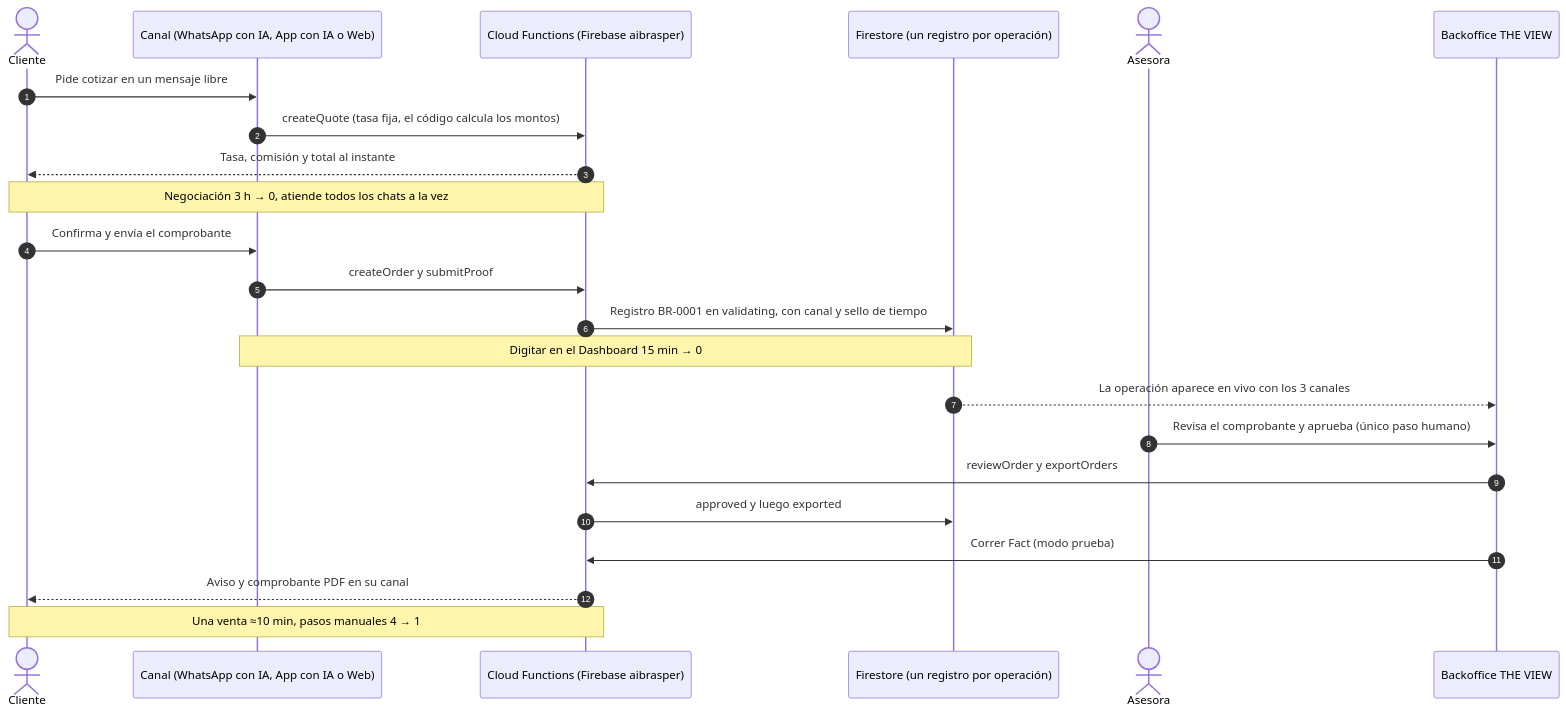
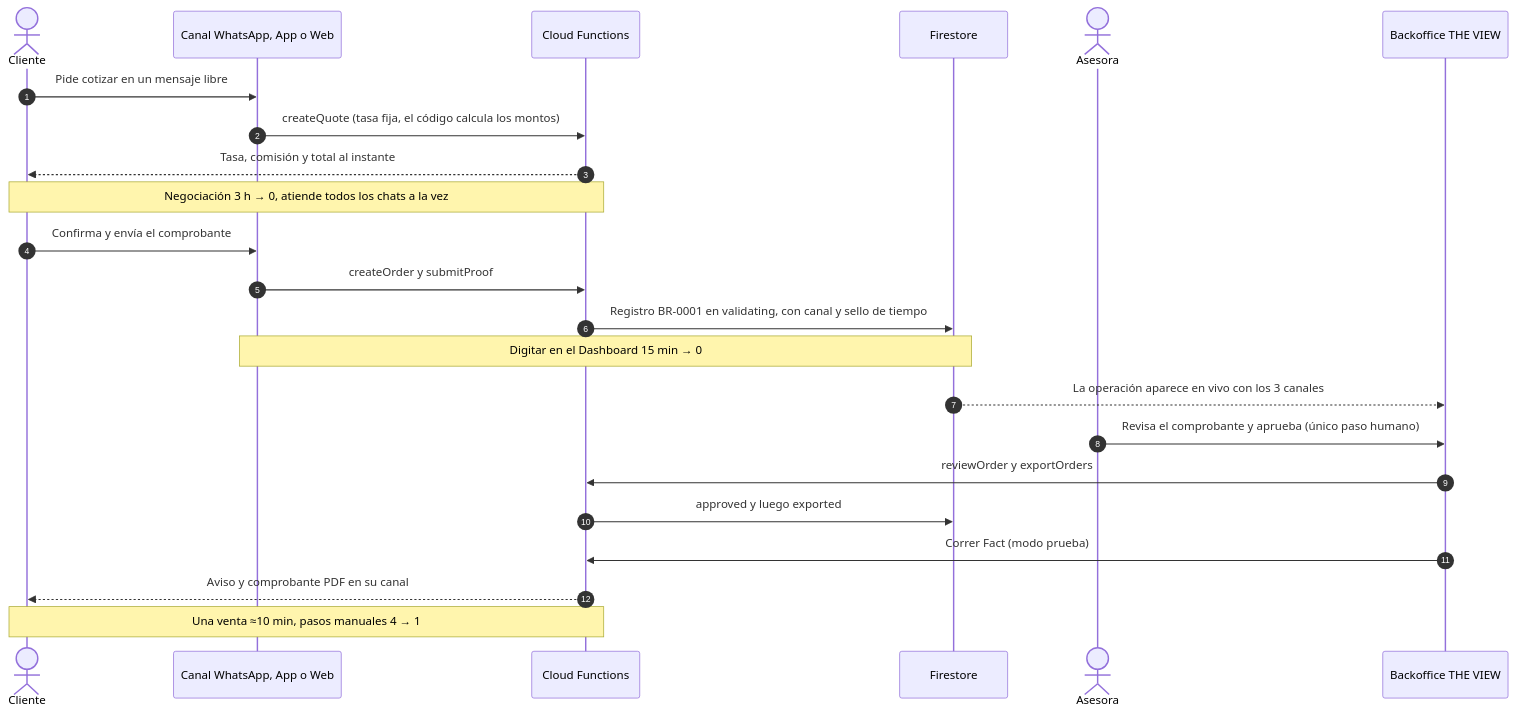
One commit to binnicordova/BRASPER-IATHON changed the second of 3 diagrams in README.md. Above: the diagram before and after it, drawn with Mermaid.

Commit message:
docs: shorter participant labels in the TO BE sequence diagram

````diff
--- a/README.md
+++ b/README.md
@@ -36,26 +36,26 @@
 ```mermaid
 sequenceDiagram
     autonumber
     actor C as Cliente
-    participant CH as Canal (WhatsApp con IA, App con IA o Web)
-    participant F as Cloud Functions (Firebase aibrasper)
-    participant DB as Firestore (un registro por operación)
+    participant CH as Canal WhatsApp, App o Web
+    participant F as Cloud Functions
+    participant DB as Firestore
     actor A as Asesora
     participant B as Backoffice THE VIEW
 
     C->>CH: Pide cotizar en un mensaje libre
     CH->>F: createQuote (tasa fija, el código calcula los montos)
     F-->>C: Tasa, comisión y total al instante
     Note over C,F: Negociación 3 h → 0, atiende todos los chats a la vez
     C->>CH: Confirma y envía el comprobante
     CH->>F: createOrder y submitProof
     F->>DB: Registro BR-0001 en validating, con canal y sello de tiempo
     Note over CH,DB: Digitar en el Dashboard 15 min → 0
     DB-->>B: La operación aparece en vivo con los 3 canales
     A->>B: Revisa el comprobante y aprueba (único paso humano)
     B->>F: reviewOrder y exportOrders
     F->>DB: approved y luego exported
     B->>F: Correr Fact (modo prueba)
     F-->>C: Aviso y comprobante PDF en su canal
     Note over C,F: Una venta ≈10 min, pasos manuales 4 → 1
 ```
````
